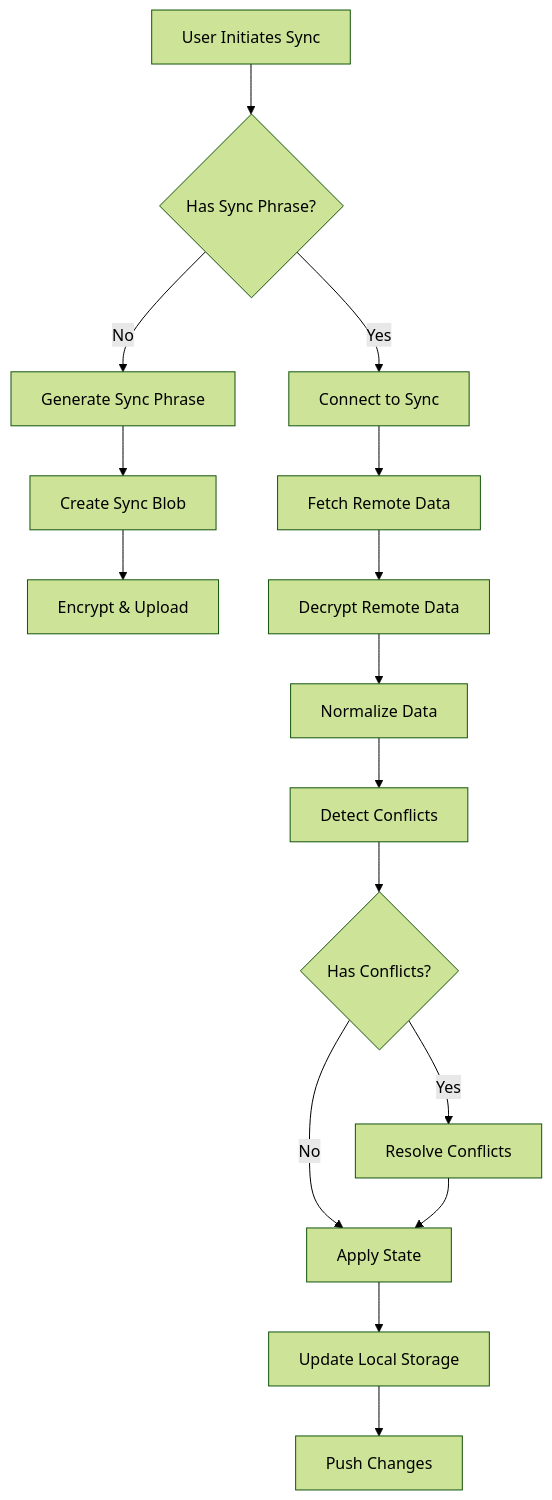
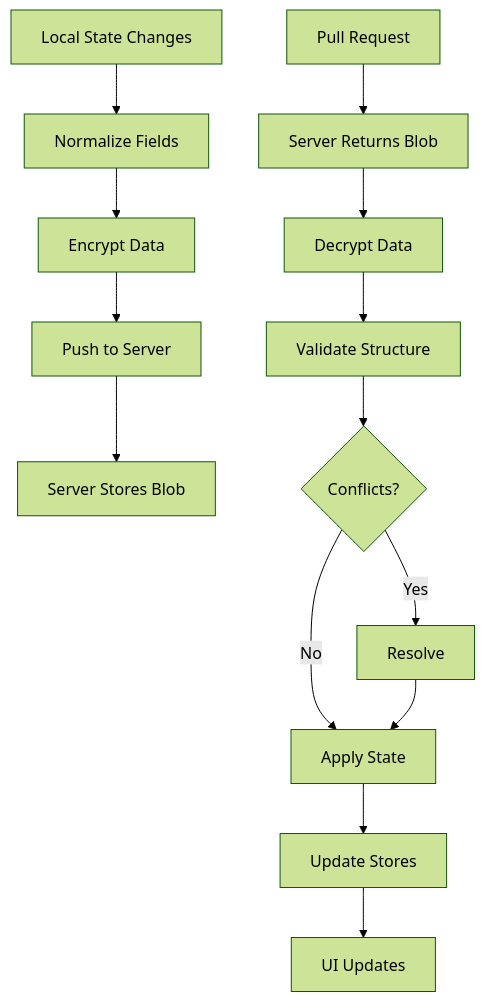
One commit to ajstack22/StackMap changed the diagram in docs/data/data-sync-service.md. Above: the diagram before and after it, drawn with Mermaid (forest theme). The commit also changed other lines of this file and 8 other files, not shown here.

First line of the commit message:
User-Centered Onboarding Experience Sync Data Flow Documentation Update Sync Service Reversion - AsyncStorage Promise Resolution Fix

````diff
--- a/docs/data/data-sync-service.md
+++ b/docs/data/data-sync-service.md
@@ -17,18 +72,17 @@
 ```mermaid
 graph TD
-    A[User Initiates Sync] --> B{Has Sync Phrase?}
-    B -->|No| C[Generate Sync Phrase]
-    B -->|Yes| D[Connect to Sync]
-    C --> E[Create Sync Blob]
-    D --> F[Fetch Remote Data]
-    E --> G[Encrypt & Upload]
-    F --> H[Decrypt Remote Data]
-    H --> I[Normalize Data]
-    I --> J[Detect Conflicts]
-    J --> K{Has Conflicts?}
-    K -->|Yes| L[Resolve Conflicts]
-    K -->|No| M[Apply State]
-    L --> M[Apply State]
-    M --> N[Update Local Storage]
-    N --> O[Push Changes]
+    A[Local State Changes] --> B[Normalize Fields]
+    B --> C[Encrypt Data]
+    C --> D[Push to Server]
+    D --> E[Server Stores Blob]
+    
+    F[Pull Request] --> G[Server Returns Blob]
+    G --> H[Decrypt Data]
+    H --> I[Validate Structure]
+    I --> J{Conflicts?}
+    J -->|Yes| K[Resolve]
+    J -->|No| L[Apply State]
+    K --> L
+    L --> M[Update Stores]
+    M --> N[UI Updates]
 ```
````
